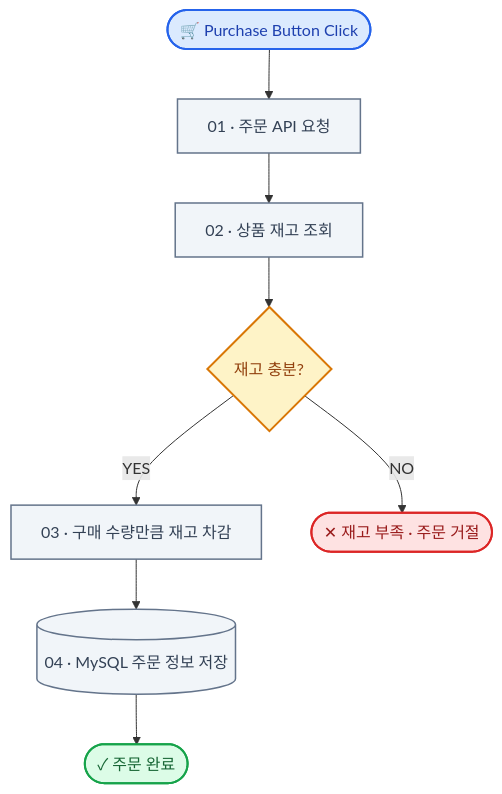
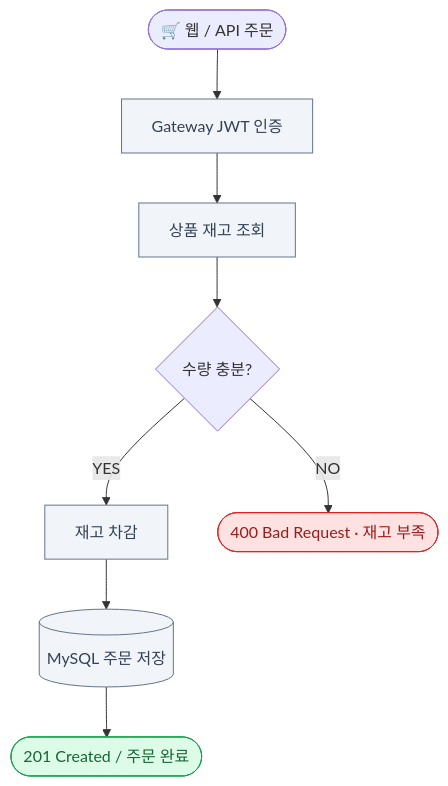
One commit to yjeee-ghub/deployshop changed the third of 3 diagrams in README.md. Above: the diagram before and after it, drawn with Mermaid. The commit also changed other lines of this file and 57 other files, not shown here.

````diff
--- a/README.md
+++ b/README.md
@@ -175,27 +115,12 @@
 ```mermaid
 flowchart TD
-    START(["🛒 Purchase Button Click"])
-    API["01 · 주문 API 요청"]
-    STOCK["02 · 상품 재고 조회"]
-    CHECK{"재고 충분?"}
-    UPDATE["03 · 구매 수량만큼 재고 차감"]
-    SAVE[("04 · MySQL 주문 정보 저장")]
-    SUCCESS(["✓ 주문 완료"])
-    FAIL(["✕ 재고 부족 · 주문 거절"])
-
-    START --> API --> STOCK --> CHECK
-    CHECK -->|"YES"| UPDATE --> SAVE --> SUCCESS
-    CHECK -->|"NO"| FAIL
-
-    classDef start fill:#dbeafe,stroke:#2563eb,color:#1e40af,stroke-width:2px
-    classDef process fill:#f1f5f9,stroke:#64748b,color:#334155,stroke-width:1.5px
-    classDef decision fill:#fef3c7,stroke:#d97706,color:#92400e,stroke-width:2px
-    classDef success fill:#dcfce7,stroke:#16a34a,color:#166534,stroke-width:2px
-    classDef fail fill:#fee2e2,stroke:#dc2626,color:#991b1b,stroke-width:2px
-
-    class START start
-    class API,STOCK,UPDATE,SAVE process
-    class CHECK decision
-    class SUCCESS success
-    class FAIL fail
+    START(["🛒 웹 / API 주문"]) --> AUTH["Gateway JWT 인증"] --> GET["상품 재고 조회"] --> CHECK{"수량 충분?"}
+    CHECK -->|"YES"| STOCK["재고 차감"] --> SAVE[("MySQL 주문 저장")] --> OK(["201 Created / 주문 완료"])
+    CHECK -->|"NO"| FAIL(["400 Bad Request · 재고 부족"])
+    classDef step fill:#f1f5f9,stroke:#64748b,color:#334155
+    classDef good fill:#dcfce7,stroke:#16a34a,color:#166534
+    classDef bad fill:#fee2e2,stroke:#dc2626,color:#991b1b
+    class AUTH,GET,STOCK,SAVE step
+    class OK good
+    class FAIL bad
 ```
````
